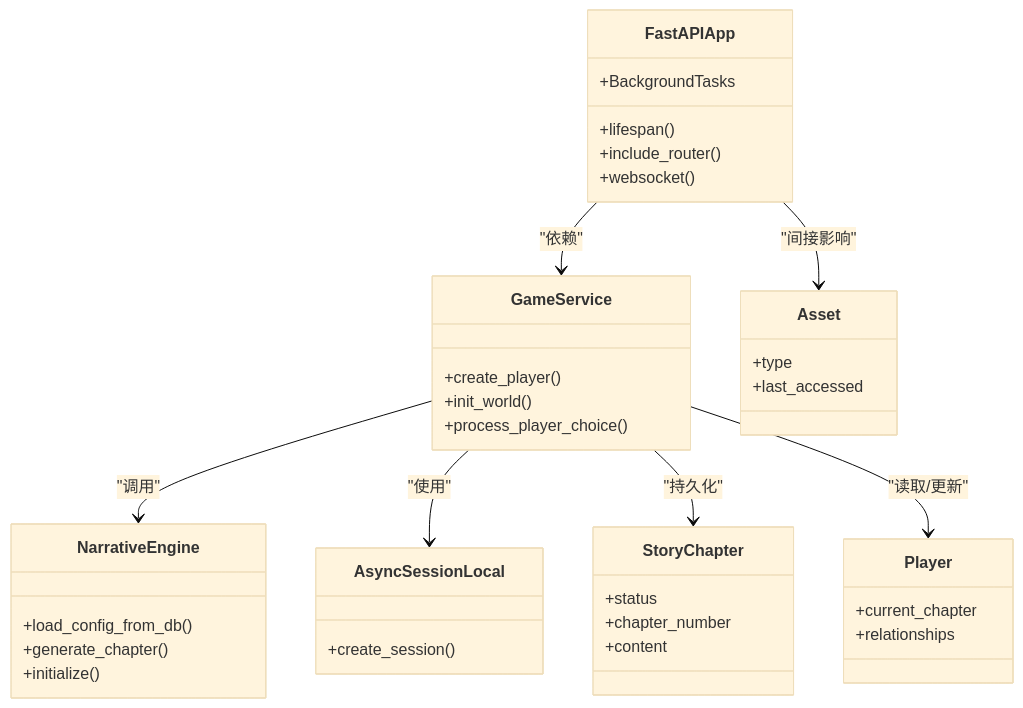
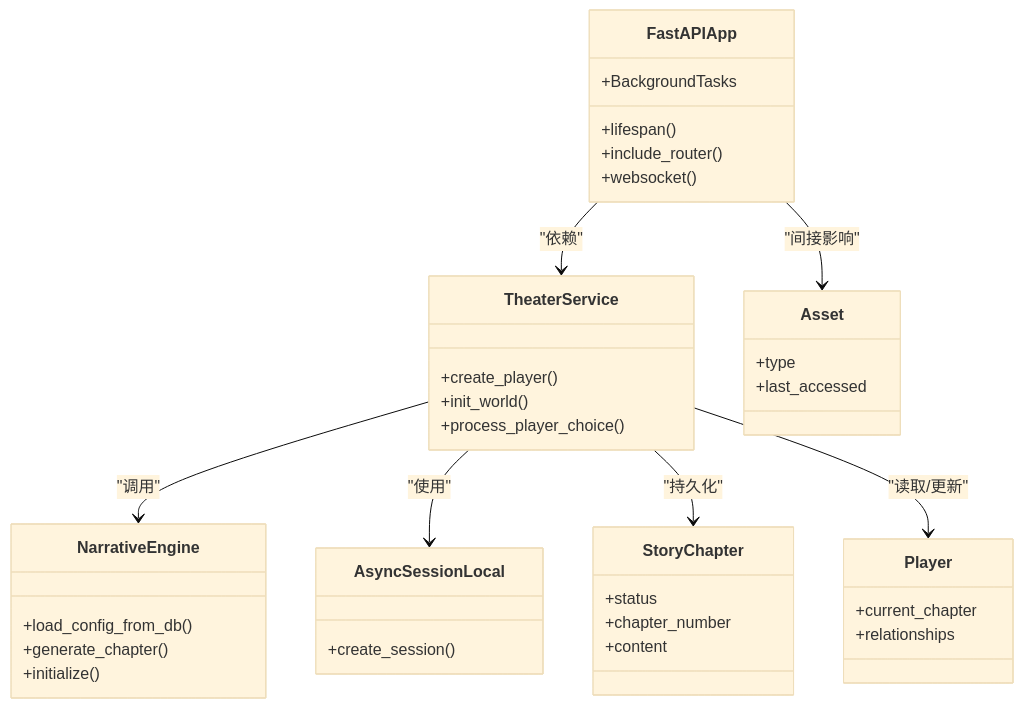
Before and after one commit to KunLabAI/KunFlix: the fourth of 5 diagrams in .qoder/repowiki/zh/content/部署指南/后端部署/监控与维护/任务调度.md, drawn with Mermaid (base theme). The commit also changed other lines of this file and 112 other files, not shown here.

````diff
--- a/.qoder/repowiki/zh/content/部署指南/后端部署/监控与维护/任务调度.md
+++ b/.qoder/repowiki/zh/content/部署指南/后端部署/监控与维护/任务调度.md
@@ -264,41 +264,41 @@
 ```mermaid
 classDiagram
 class FastAPIApp {
 +lifespan()
 +include_router()
 +websocket()
 +BackgroundTasks
 }
-class GameService {
+class TheaterService {
 +create_player()
 +init_world()
 +process_player_choice()
 }
 class NarrativeEngine {
 +load_config_from_db()
 +generate_chapter()
 +initialize()
 }
 class AsyncSessionLocal {
 +create_session()
 }
 class StoryChapter {
 +status
 +chapter_number
 +content
 }
 class Player {
 +current_chapter
 +relationships
 }
 class Asset {
 +type
 +last_accessed
 }
-FastAPIApp --> GameService : "依赖"
-GameService --> NarrativeEngine : "调用"
-GameService --> AsyncSessionLocal : "使用"
-GameService --> StoryChapter : "持久化"
-GameService --> Player : "读取/更新"
+FastAPIApp --> TheaterService : "依赖"
+TheaterService --> NarrativeEngine : "调用"
+TheaterService --> AsyncSessionLocal : "使用"
+TheaterService --> StoryChapter : "持久化"
+TheaterService --> Player : "读取/更新"
 FastAPIApp --> Asset : "间接影响"
 ```
````
